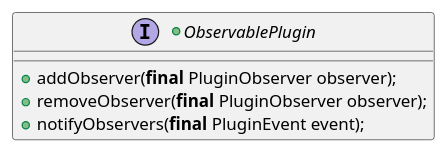
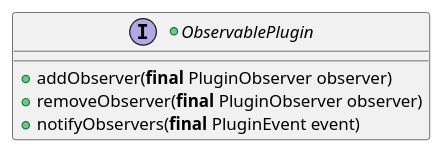
Before and after one commit to calypsonet/keyple: diagram 22 of 39 in src/KeypleCoreApi/ApplicationApi/puml/KeypleCore-ApplicationApi-ClassDiag-SE_Proxy-ClassElements.iuml, drawn with PlantUML. The commit also changed other lines of this file and 19 other files, not shown here.

```diff
--- a/src/KeypleCoreApi/ApplicationApi/puml/KeypleCore-ApplicationApi-ClassDiag-SE_Proxy-ClassElements.iuml
+++ b/src/KeypleCoreApi/ApplicationApi/puml/KeypleCore-ApplicationApi-ClassDiag-SE_Proxy-ClassElements.iuml
@@ -242,7 +242,7 @@
 @startuml(id=SEPROXY_OBSERVABLEPLUGIN_0_8_1)
 +interface ObservablePlugin {
-  +addObserver(<b>final</b> PluginObserver observer);
-  +removeObserver(<b>final</b> PluginObserver observer);
-  +notifyObservers(<b>final</b> PluginEvent event);
+  +addObserver(<b>final</b> PluginObserver observer)
+  +removeObserver(<b>final</b> PluginObserver observer)
+  +notifyObservers(<b>final</b> PluginEvent event)
 }
 @enduml
```
